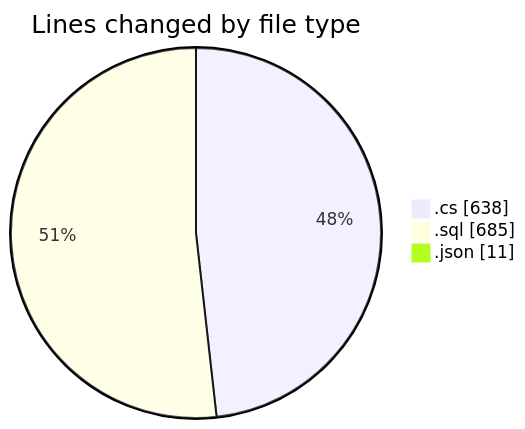
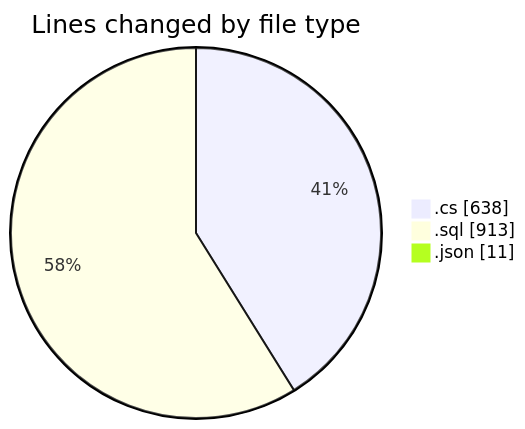
One commit to Netris89/code-tracking changed the first of 2 diagrams in 2025-04-04/back-end/README.md. Above: the diagram before and after it, drawn with Mermaid. The commit also changed other lines of this file and 1 other file, not shown here.

````diff
--- a/2025-04-04/back-end/README.md
+++ b/2025-04-04/back-end/README.md
@@ -22,7 +22,7 @@
 ```mermaid
 pie showData
 title Lines changed by file type
 ".cs" : 638
-".sql" : 685
+".sql" : 913
 ".json" : 11
 ```
````
